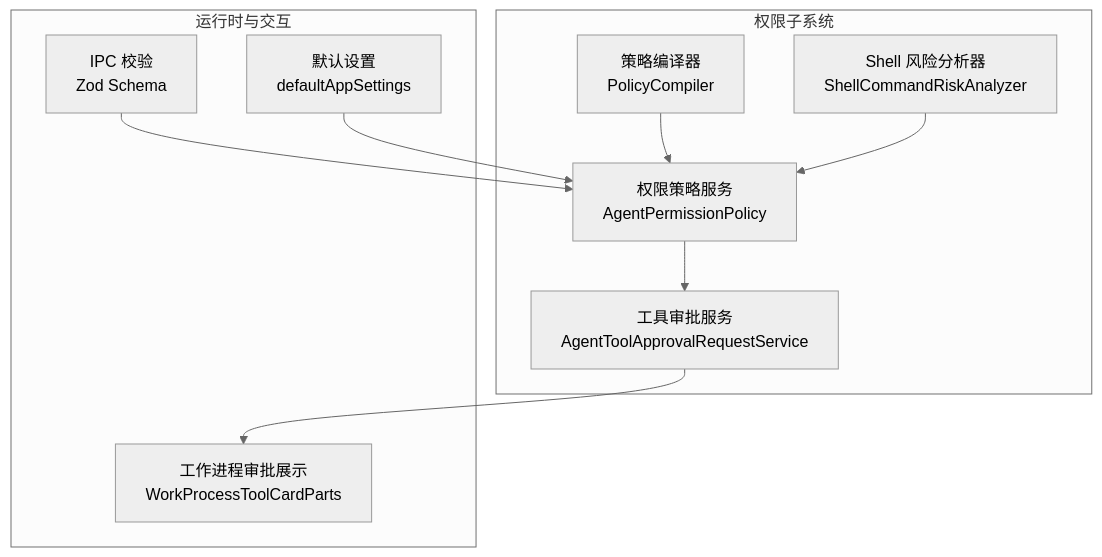
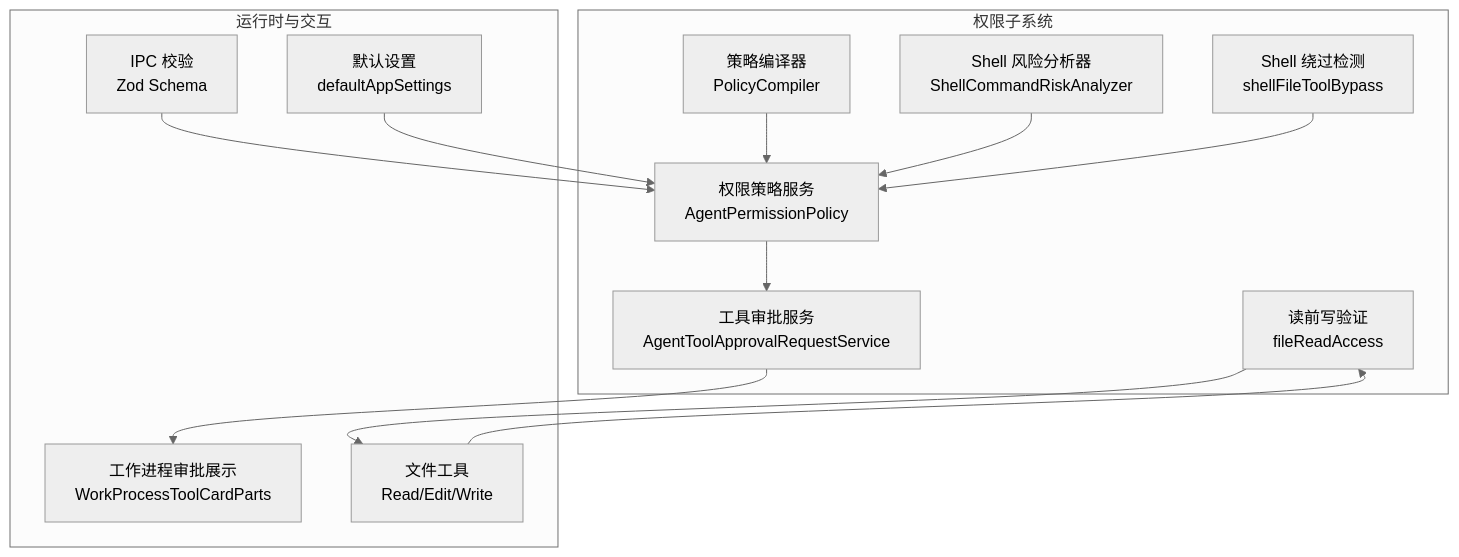
The first of 8 diagrams in .qoder/repowiki/zh/content/安全考虑/权限控制系统.md (haolange/RDC-Agent), drawn with Mermaid (neutral theme) before and after one commit. The commit also changed other lines of this file and 85 other files, not shown here.

````diff
--- a/.qoder/repowiki/zh/content/安全考虑/权限控制系统.md
+++ b/.qoder/repowiki/zh/content/安全考虑/权限控制系统.md
@@ -39,20 +56,26 @@
 ```mermaid
 graph TB
 subgraph "权限子系统"
 PC["策略编译器<br/>PolicyCompiler"]
 APP["权限策略服务<br/>AgentPermissionPolicy"]
 SRA["Shell 风险分析器<br/>ShellCommandRiskAnalyzer"]
+SFBB["Shell 绕过检测<br/>shellFileToolBypass"]
+FRA["读前写验证<br/>fileReadAccess"]
 ATR["工具审批服务<br/>AgentToolApprovalRequestService"]
 end
 subgraph "运行时与交互"
 IPC["IPC 校验<br/>Zod Schema"]
 UI["工作进程审批展示<br/>WorkProcessToolCardParts"]
 CFG["默认设置<br/>defaultAppSettings"]
+TOOLS["文件工具<br/>Read/Edit/Write"]
 end
 PC --> APP
 SRA --> APP
+SFBB --> APP
+FRA --> TOOLS
 APP --> ATR
 ATR --> UI
 IPC --> APP
 CFG --> APP
+TOOLS --> FRA
 ```
````
